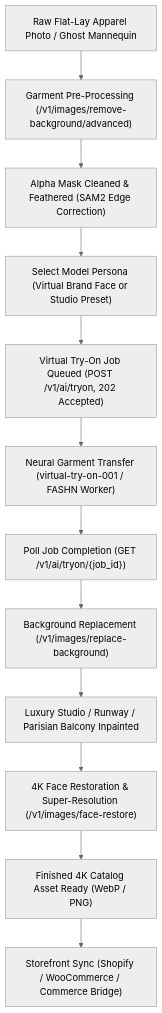
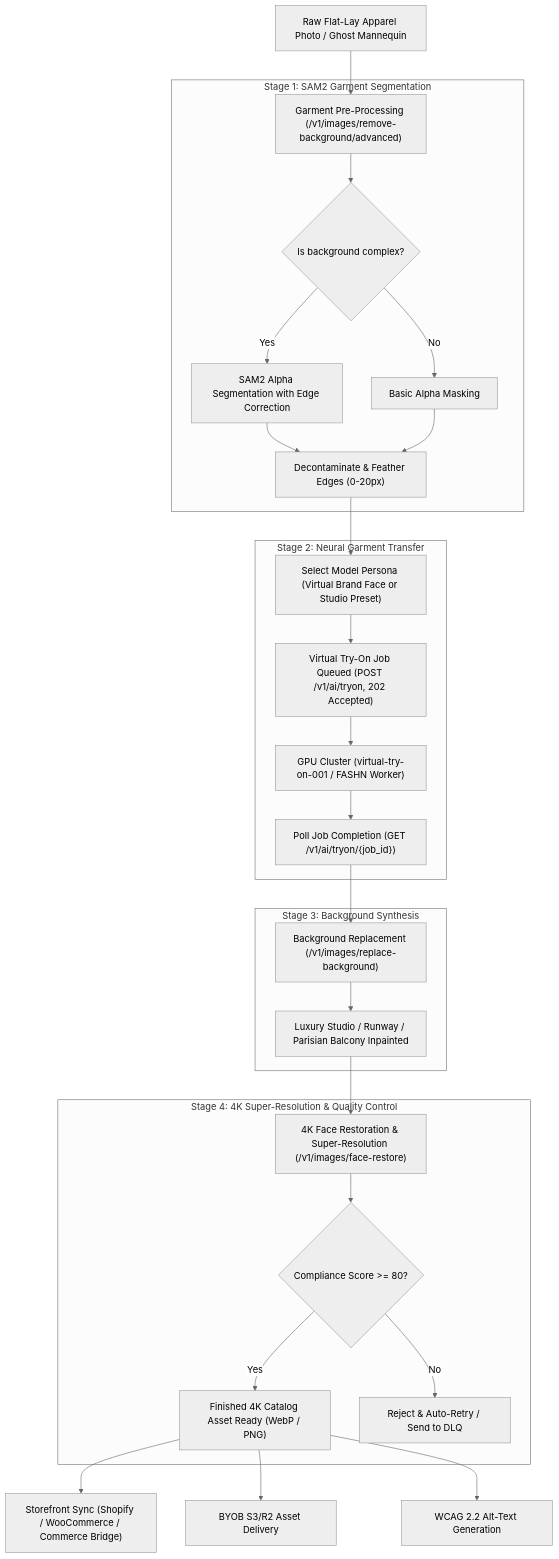
One commit to fotohubapp/docs changed the diagram in recipes/virtual-tryon-fashion.md. Above: the diagram before and after it, drawn with Mermaid (neutral theme). The commit also changed other lines of this file and 61 other files, not shown here.

````diff
--- a/recipes/virtual-tryon-fashion.md
+++ b/recipes/virtual-tryon-fashion.md
@@ -11,14 +13,41 @@
 ```mermaid
 flowchart TD
+    %% Input Layer
     A["Raw Flat-Lay Apparel Photo / Ghost Mannequin"] --> B["Garment Pre-Processing (/v1/images/remove-background/advanced)"]
-    B --> C["Alpha Mask Cleaned & Feathered (SAM2 Edge Correction)"]
-    C --> D["Select Model Persona (Virtual Brand Face or Studio Preset)"]
-    D --> E["Virtual Try-On Job Queued (POST /v1/ai/tryon, 202 Accepted)"]
-    E --> F["Neural Garment Transfer (virtual-try-on-001 / FASHN Worker)"]
-    F --> G["Poll Job Completion (GET /v1/ai/tryon/{job_id})"]
-    G --> H["Background Replacement (/v1/images/replace-background)"]
-    H --> I["Luxury Studio / Runway / Parisian Balcony Inpainted"]
-    I --> J["4K Face Restoration & Super-Resolution (/v1/images/face-restore)"]
-    J --> K["Finished 4K Catalog Asset Ready (WebP / PNG)"]
-    K --> L["Storefront Sync (Shopify / WooCommerce / Commerce Bridge)"]
+    
+    %% Segmentation Layer
+    subgraph Segmentation ["Stage 1: SAM2 Garment Segmentation"]
+        B --> C{"Is background complex?"}
+        C -- Yes --> D["SAM2 Alpha Segmentation with Edge Correction"]
+        C -- No --> E["Basic Alpha Masking"]
+        D --> F["Decontaminate & Feather Edges (0-20px)"]
+        E --> F
+    end
+
+    %% Try-On Layer
+    subgraph TryOn ["Stage 2: Neural Garment Transfer"]
+        F --> G["Select Model Persona (Virtual Brand Face or Studio Preset)"]
+        G --> H["Virtual Try-On Job Queued (POST /v1/ai/tryon, 202 Accepted)"]
+        H --> I["GPU Cluster (virtual-try-on-001 / FASHN Worker)"]
+        I --> J["Poll Job Completion (GET /v1/ai/tryon/{job_id})"]
+    end
+
+    %% Background Layer
+    subgraph Synthesis ["Stage 3: Background Synthesis"]
+        J --> K["Background Replacement (/v1/images/replace-background)"]
+        K --> L["Luxury Studio / Runway / Parisian Balcony Inpainted"]
+    end
+
+    %% Super-Resolution Layer
+    subgraph PostProcessing ["Stage 4: 4K Super-Resolution & Quality Control"]
+        L --> M["4K Face Restoration & Super-Resolution (/v1/images/face-restore)"]
+        M --> N{"Compliance Score >= 80?"}
+        N -- Yes --> O["Finished 4K Catalog Asset Ready (WebP / PNG)"]
+        N -- No --> P["Reject & Auto-Retry / Send to DLQ"]
+    end
+    
+    %% Export Layer
+    O --> Q["Storefront Sync (Shopify / WooCommerce / Commerce Bridge)"]
+    O --> R["BYOB S3/R2 Asset Delivery"]
+    O --> S["WCAG 2.2 Alt-Text Generation"]
 ```
````
